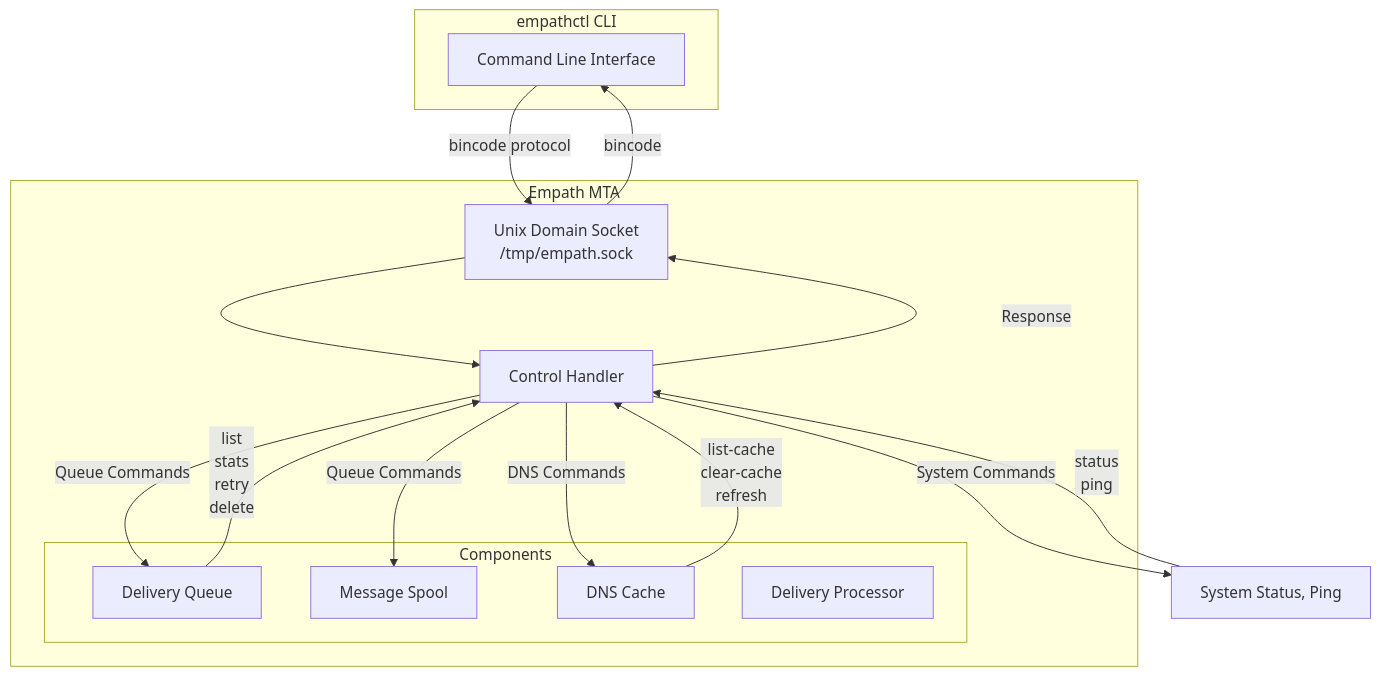
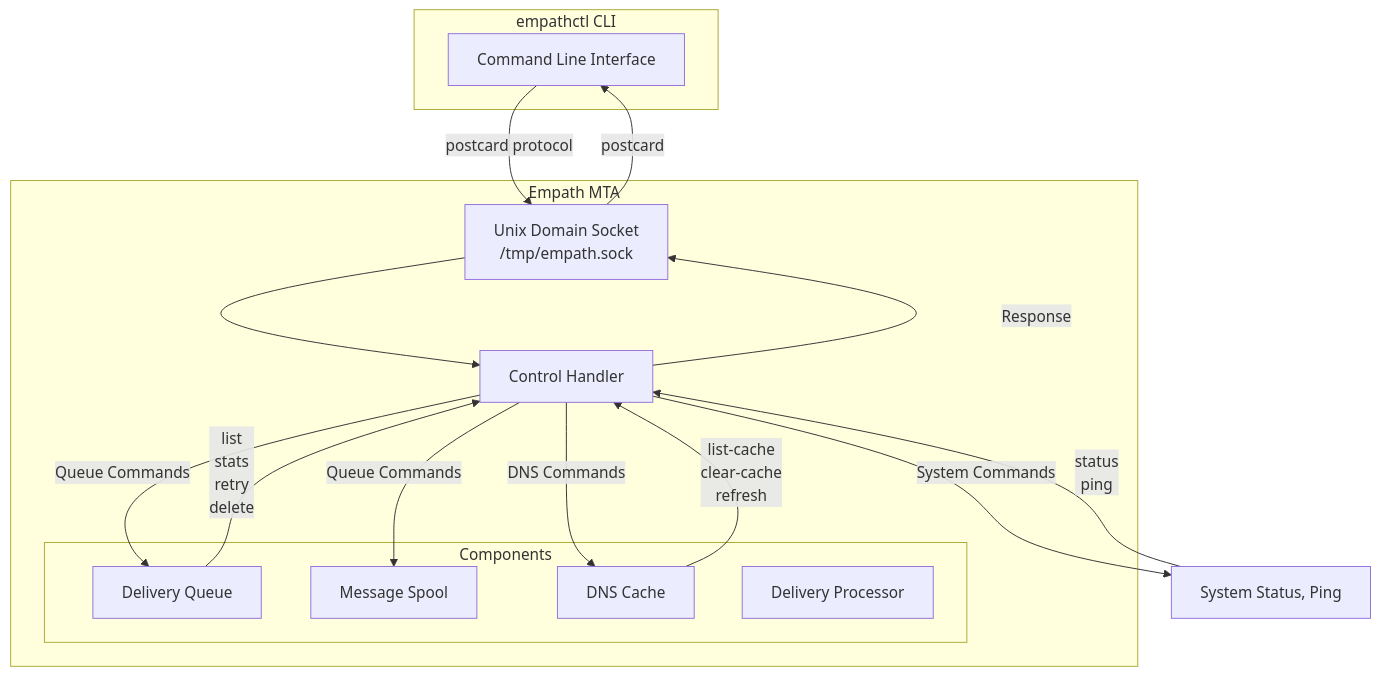
Before and after one commit to Pyxxilated-Studios/empath: the eighth of 10 diagrams in docs/ARCHITECTURE.md, drawn with Mermaid. The commit also changed 21 other files, not shown here.

````diff
--- a/docs/ARCHITECTURE.md
+++ b/docs/ARCHITECTURE.md
@@ -518,33 +518,33 @@
 ```mermaid
 graph TB
     subgraph "empathctl CLI"
         CLI[Command Line Interface]
     end
 
     subgraph "Empath MTA"
         Socket[Unix Domain Socket<br/>/tmp/empath.sock]
         Handler[Control Handler]
 
         subgraph "Components"
             Queue[Delivery Queue]
             Spool[Message Spool]
             DNS[DNS Cache]
             Delivery[Delivery Processor]
         end
     end
 
-    CLI -->|bincode protocol| Socket
+    CLI -->|postcard protocol| Socket
     Socket --> Handler
 
     Handler -->|System Commands| System[System Status, Ping]
     Handler -->|DNS Commands| DNS
     Handler -->|Queue Commands| Queue
     Handler -->|Queue Commands| Spool
 
     DNS -->|list-cache<br/>clear-cache<br/>refresh| Handler
     Queue -->|list<br/>stats<br/>retry<br/>delete| Handler
     System -->|status<br/>ping| Handler
 
     Handler -->|Response| Socket
-    Socket -->|bincode| CLI
+    Socket -->|postcard| CLI
 ```
````
